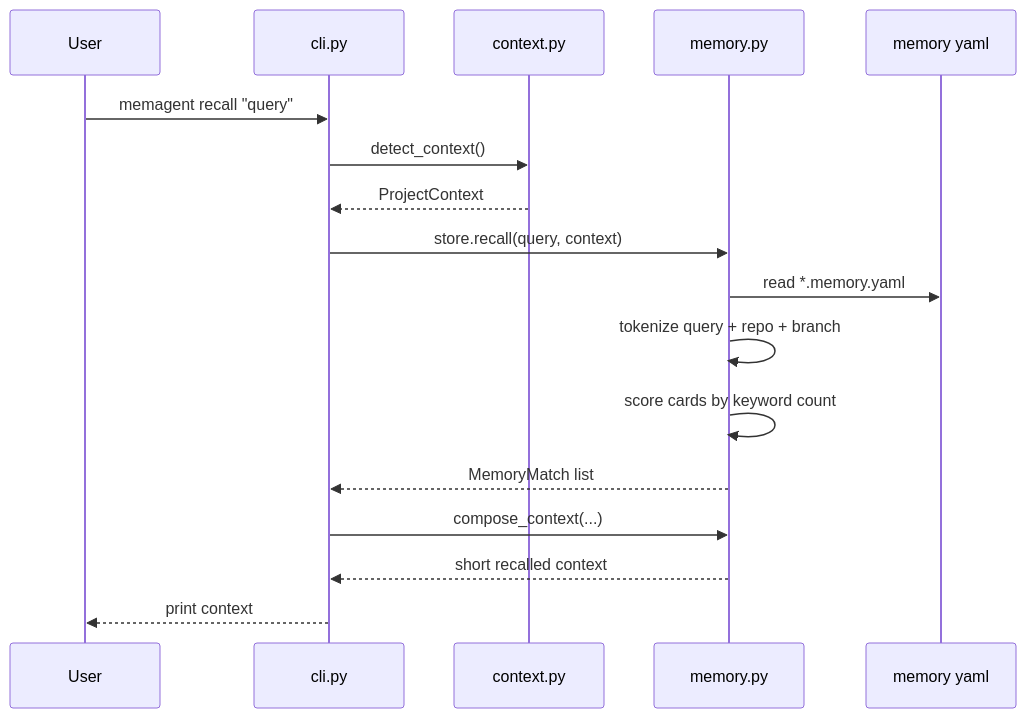
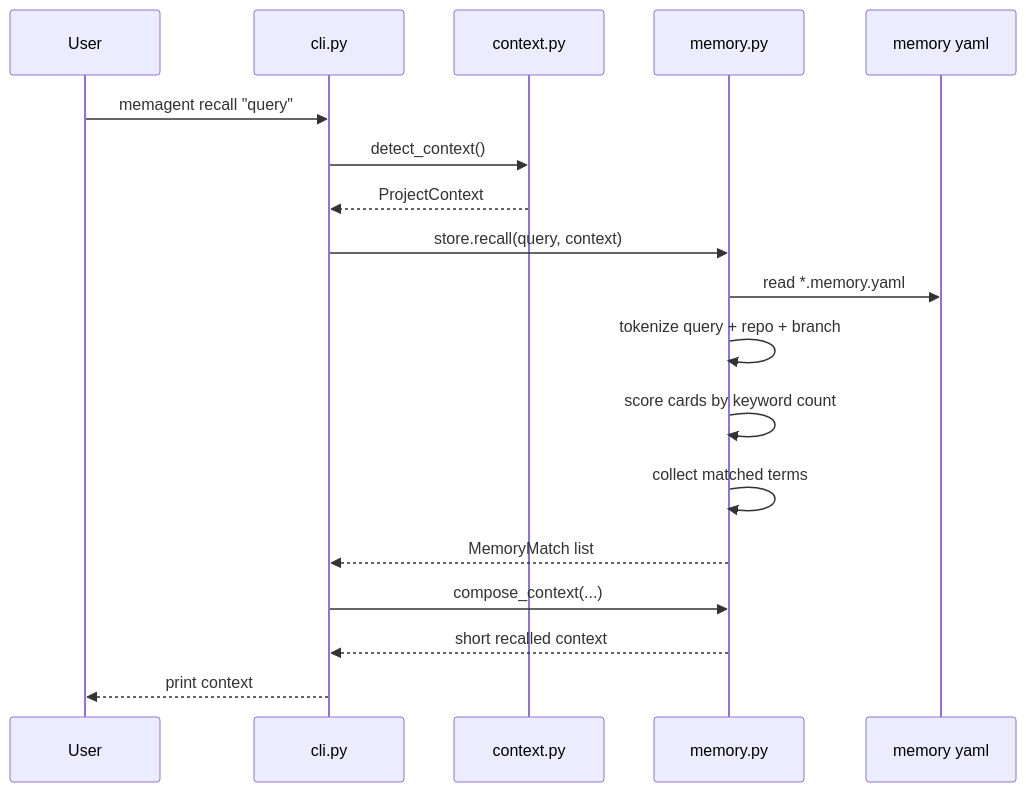
The third of 4 diagrams in docs/technical-walkthrough.md (liuw55804-sys/MemAgent), drawn with Mermaid before and after one commit. The commit also changed other lines of this file and 12 other files, not shown here.

````diff
--- a/docs/technical-walkthrough.md
+++ b/docs/technical-walkthrough.md
@@ -120,20 +120,21 @@
 ```mermaid
 sequenceDiagram
   participant U as User
   participant CLI as cli.py
   participant C as context.py
   participant M as memory.py
   participant F as memory yaml
 
   U->>CLI: memagent recall "query"
   CLI->>C: detect_context()
   C-->>CLI: ProjectContext
   CLI->>M: store.recall(query, context)
   M->>F: read *.memory.yaml
   M->>M: tokenize query + repo + branch
   M->>M: score cards by keyword count
+  M->>M: collect matched terms
   M-->>CLI: MemoryMatch list
   CLI->>M: compose_context(...)
   M-->>CLI: short recalled context
   CLI-->>U: print context
 ```
````
